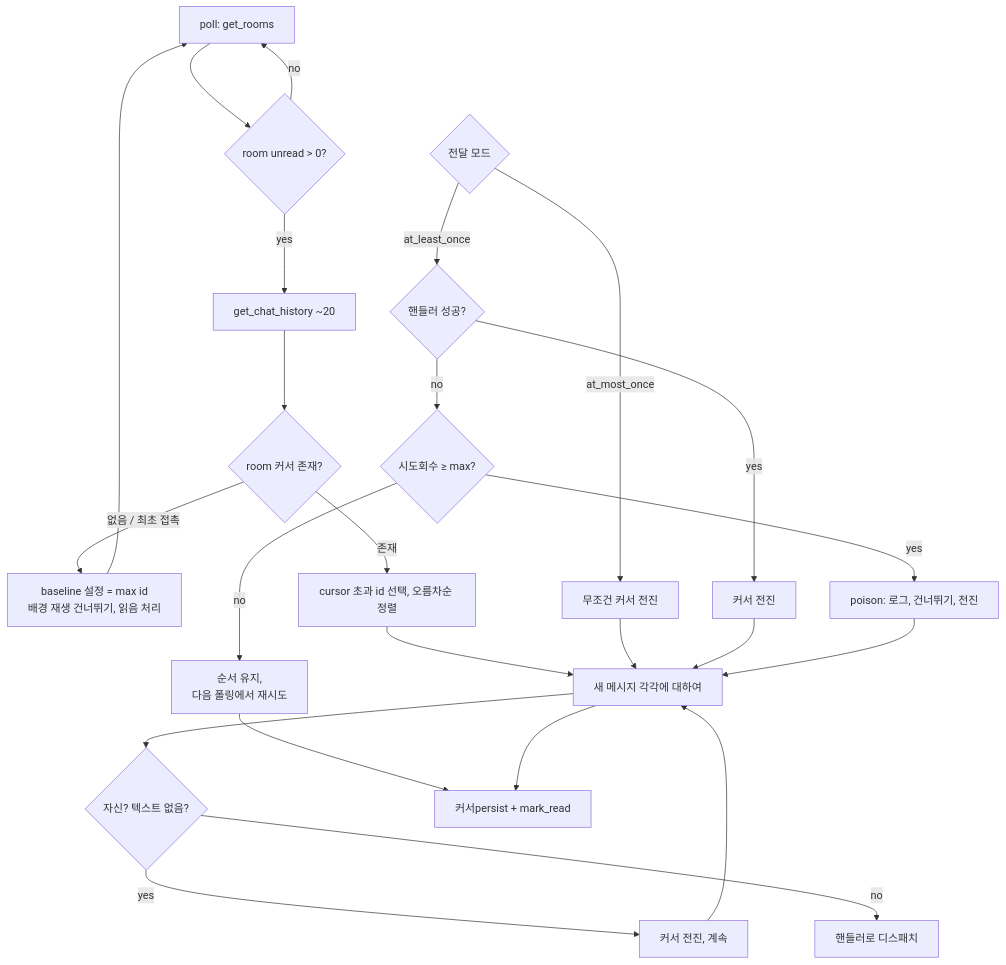
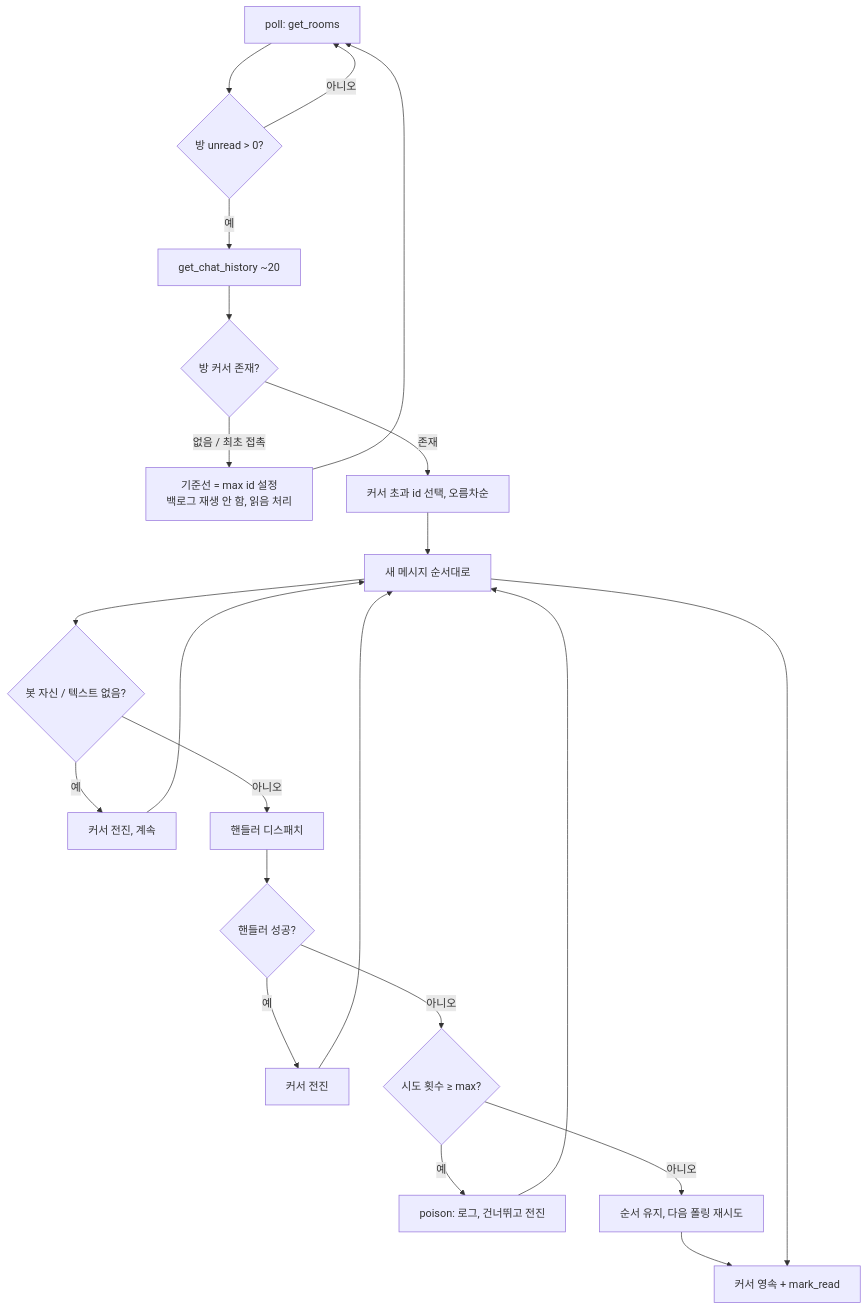
One commit to junsik/python-daouoffice-bot changed the fourth of 4 diagrams in docs/ARCHITECTURE.md. Above: the diagram before and after it, drawn with Mermaid. The commit also changed other lines of this file and 2 other files, not shown here.

First line of the commit message:
docs: rewrite ARCHITECTURE in clean Korean, current-state only

````diff
--- a/docs/ARCHITECTURE.md
+++ b/docs/ARCHITECTURE.md
@@ -101,21 +101,19 @@
 ```mermaid
 flowchart TD
-    A[poll: get_rooms] --> B{room unread > 0?}
-    B -- no --> A
-    B -- yes --> C[get_chat_history ~20]
-    C --> D{room 커서 존재?}
-    D -- 없음 / 최초 접촉 --> E[baseline 설정 = max id<br/>배경 재생 건너뛰기, 읽음 처리] --> A
-    D -- 존재 --> F[cursor 초과 id 선택, 오름차순 정렬]
-    F --> G[새 메시지 각각에 대하여]
-    G --> H{자신? 텍스트 없음?}
-    H -- yes --> I[커서 전진, 계속] --> G
-    H -- no --> J[핸들러로 디스패치]
-    K{전달 모드}
-    K -- at_most_once --> L[무조건 커서 전진] --> G
-    K -- at_least_once --> M{핸들러 성공?}
-    M -- yes --> N[커서 전진] --> G
-    M -- no --> O{시도회수 &ge; max?}
-    O -- yes --> P[poison: 로그, 건너뛰기, 전진] --> G
-    O -- no --> Q[순서 유지,<br/>다음 폴링에서 재시도] --> R
-    G --> R[커서persist + mark_read]
+    A[poll: get_rooms] --> B{방 unread > 0?}
+    B -- 아니오 --> A
+    B -- 예 --> C[get_chat_history ~20]
+    C --> D{방 커서 존재?}
+    D -- 없음 / 최초 접촉 --> E[기준선 = max id 설정<br/>백로그 재생 안 함, 읽음 처리] --> A
+    D -- 존재 --> F[커서 초과 id 선택, 오름차순]
+    F --> G[새 메시지 순서대로]
+    G --> H{봇 자신 / 텍스트 없음?}
+    H -- 예 --> I[커서 전진, 계속] --> G
+    H -- 아니오 --> J[핸들러 디스패치]
+    J --> M{핸들러 성공?}
+    M -- 예 --> N[커서 전진] --> G
+    M -- 아니오 --> O{시도 횟수 &ge; max?}
+    O -- 예 --> P[poison: 로그, 건너뛰고 전진] --> G
+    O -- 아니오 --> Q[순서 유지, 다음 폴링 재시도] --> R
+    G --> R[커서 영속 + mark_read]
 ```
````
